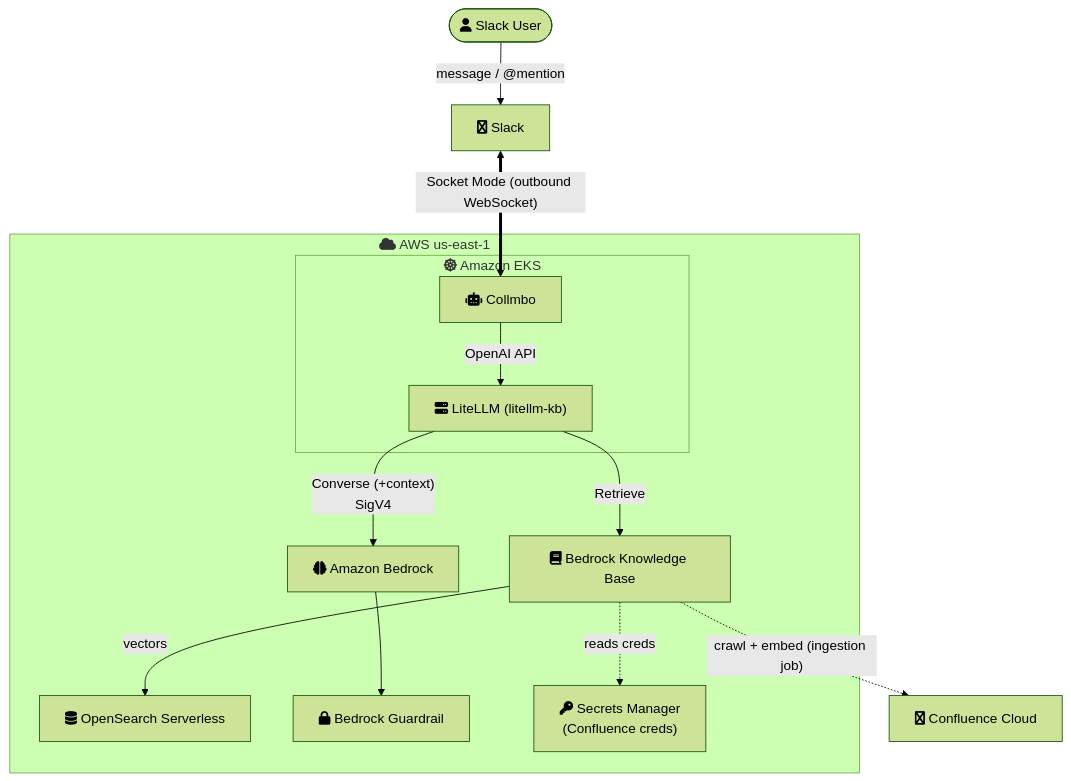
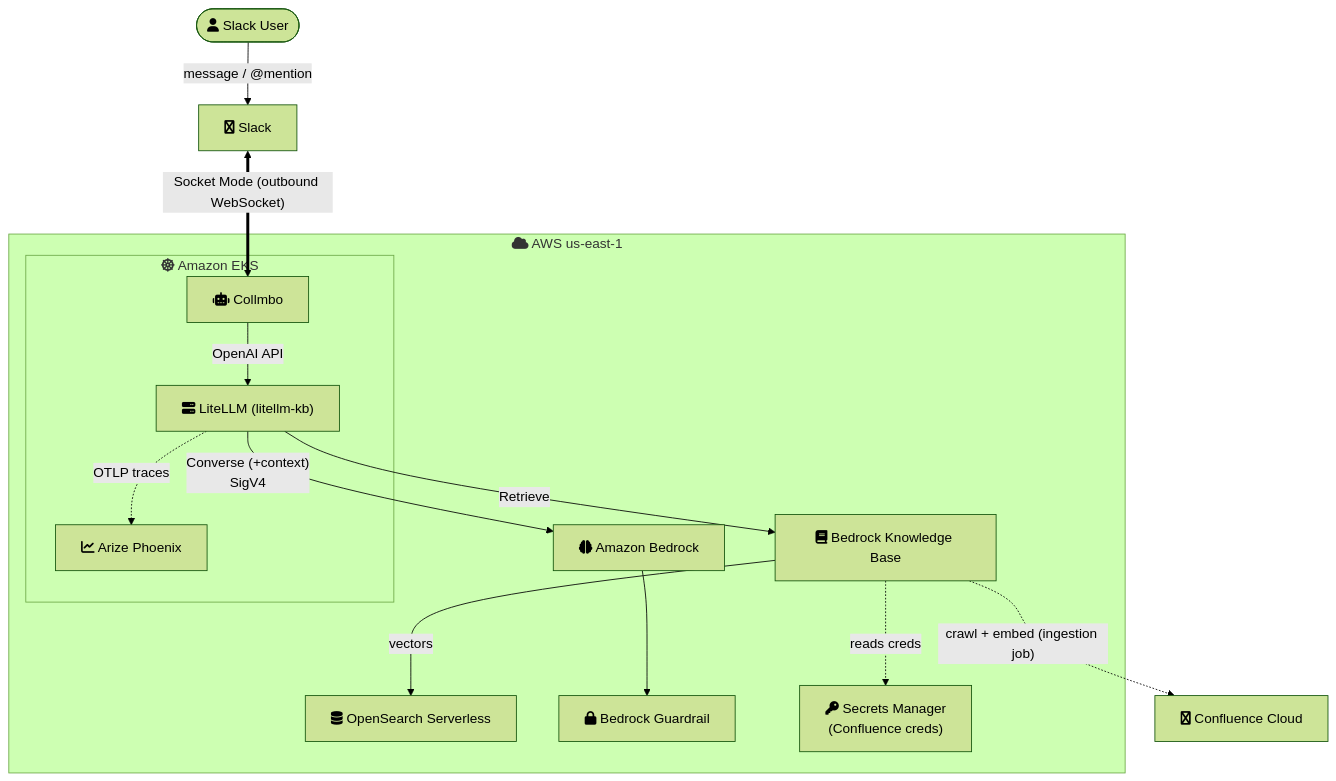
Before and after one commit to ruzickap/ruzickap.github.io: the diagram in _posts/2026/2026-06-17-slack-bot-bedrock-confluence.md, drawn with Mermaid (forest theme). The commit also changed other lines of this file and 1 other file, not shown here.

First line of the commit message:
feat: add Arize Phoenix tracing to Slack bot Bedrock post

````diff
--- a/_posts/2026/2026-06-17-slack-bot-bedrock-confluence.md
+++ b/_posts/2026/2026-06-17-slack-bot-bedrock-confluence.md
@@ -60,29 +62,31 @@
 ```mermaid
 flowchart TD
   User(["fa:fa-user Slack User"])
   Slack["fa:fa-slack Slack"]
   Confluence["fa:fa-confluence Confluence Cloud"]
 
   User -- "message / @mention" --> Slack
   Slack <== "Socket Mode (outbound WebSocket)" ==> CO
   CO -- "OpenAI API" --> LL
   LL -- "Retrieve" --> KB
   KB -- "vectors" --> AOSS
   LL -- "Converse (+context)\nSigV4" --> BR
   BR --> GR
+  LL -. "OTLP traces" .-> PHX
   KB -. "crawl + embed (ingestion job)" .-> Confluence
 
   subgraph AWS["fa:fa-cloud AWS us-east-1"]
     BR["fa:fa-brain Amazon Bedrock"]
     GR["fa:fa-lock Bedrock Guardrail"]
     KB["fa:fa-book Bedrock Knowledge Base"]
     AOSS["fa:fa-database OpenSearch Serverless"]
     SM["fa:fa-key Secrets Manager\n(Confluence creds)"]
     subgraph EKS["fa:fa-dharmachakra Amazon EKS"]
       CO["fa:fa-robot Collmbo"]
       LL["fa:fa-server LiteLLM (litellm-kb)"]
+      PHX["fa:fa-chart-line Arize Phoenix"]
     end
   end
 
   KB -. "reads creds" .-> SM
 ```
````
